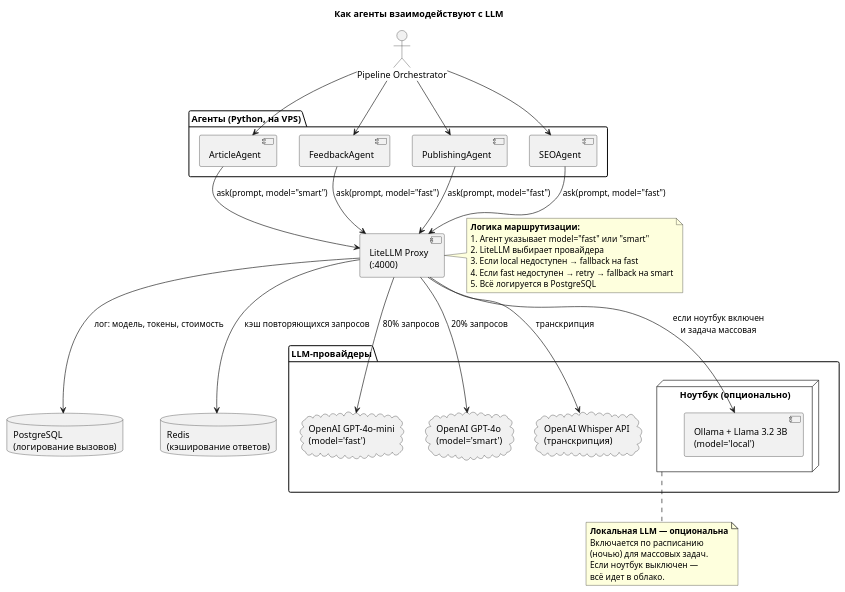
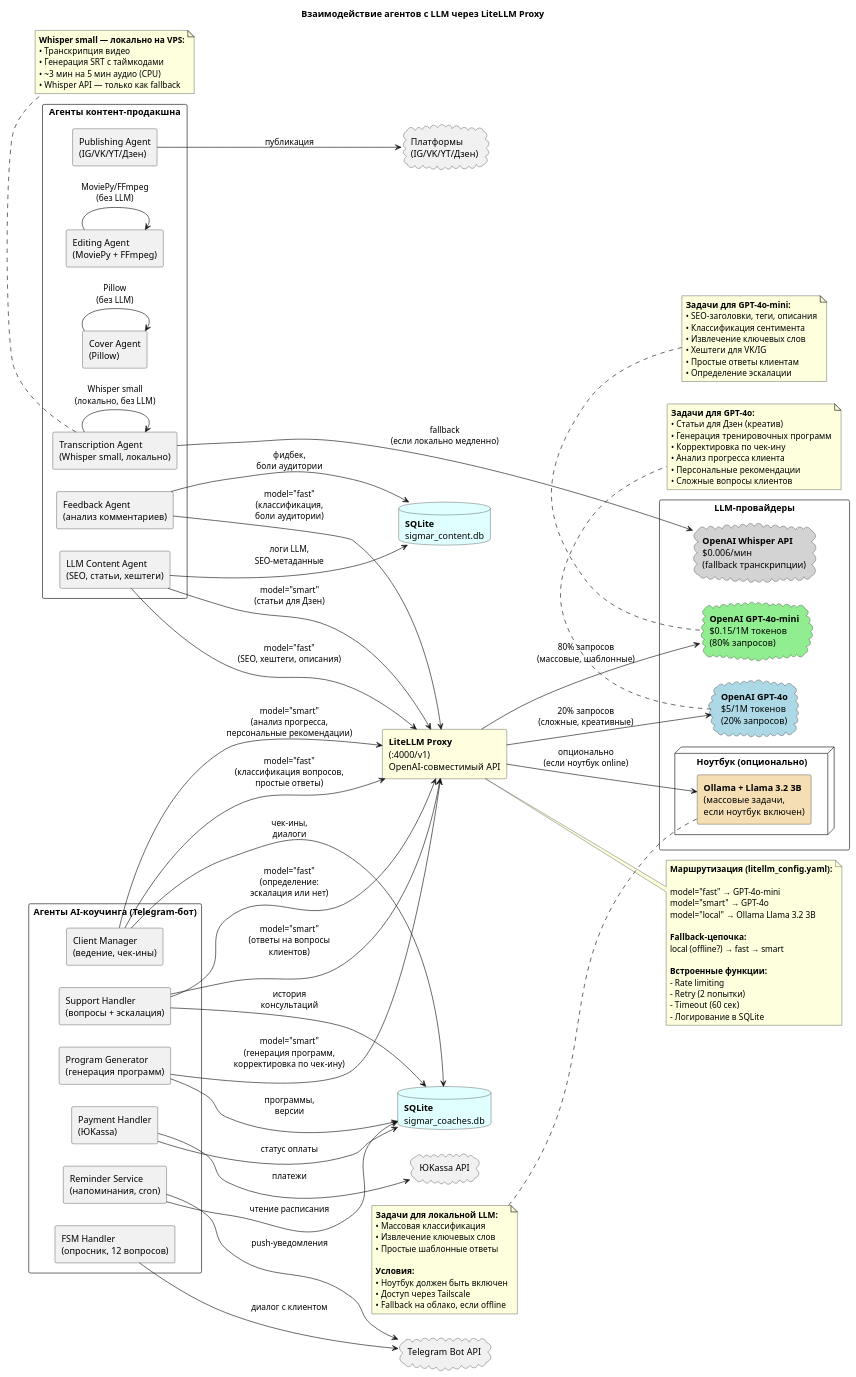
Before and after one commit to yurigilev/sigmar: the first of 2 diagrams in docs/architecture/agent-llm.md, drawn with PlantUML. The commit also changed other lines of this file, not shown here.

````diff
--- a/docs/architecture/agent-llm.md
+++ b/docs/architecture/agent-llm.md
@@ -3,64 +3,147 @@
 ```puml
 @startuml
-title Как агенты взаимодействуют с LLM
+left to right direction
+skinparam componentStyle rectangle
+skinparam packageStyle rectangle
+title Взаимодействие агентов с LLM через LiteLLM Proxy
 
-actor "Pipeline Orchestrator" as Orch
-
-package "Агенты (Python, на VPS)" {
-    component "ArticleAgent" as AA
-    component "FeedbackAgent" as FA
-    component "PublishingAgent" as PA
-    component "SEOAgent" as SA
+' === АГЕНТЫ КОНТЕНТ-ПРОДАКШНА ===
+package "Агенты контент-продакшна" as ContentAgents {
+    component "Transcription Agent\n(Whisper small, локально)" as TransAg
+    component "Editing Agent\n(MoviePy + FFmpeg)" as EditAg
+    component "Cover Agent\n(Pillow)" as CoverAg
+    component "LLM Content Agent\n(SEO, статьи, хештеги)" as LLMAg
+    component "Publishing Agent\n(IG/VK/YT/Дзен)" as PubAg
+    component "Feedback Agent\n(анализ комментариев)" as FeedAg
 }
 
-component "LiteLLM Proxy\n(:4000)" as Router
+' === АГЕНТЫ AI-КОУЧИНГА ===
+package "Агенты AI-коучинга (Telegram-бот)" as CoachAgents {
+    component "FSM Handler\n(опросник, 12 вопросов)" as FSM
+    component "Program Generator\n(генерация программ)" as ProgGen
+    component "Client Manager\n(ведение, чек-ины)" as CM
+    component "Reminder Service\n(напоминания, cron)" as Rem
+    component "Support Handler\n(вопросы + эскалация)" as Sup
+    component "Payment Handler\n(ЮKassa)" as PayH
+}
 
-package "LLM-провайдеры" {
-    cloud "OpenAI GPT-4o-mini\n(model='fast')" as Fast
-    cloud "OpenAI GPT-4o\n(model='smart')" as Smart
-    cloud "OpenAI Whisper API\n(транскрипция)" as WhisperAPI
+' === ЕДИНАЯ ТОЧКА ВХОДА ===
+component "**LiteLLM Proxy**\n(:4000/v1)\nOpenAI-совместимый API" as Router #LightYellow
+
+' === LLM-ПРОВАЙДЕРЫ ===
+package "LLM-провайдеры" as Providers {
+    cloud "**OpenAI GPT-4o-mini**\n$0.15/1M токенов\n(80% запросов)" as Fast #LightGreen
+    cloud "**OpenAI GPT-4o**\n$5/1M токенов\n(20% запросов)" as Smart #LightBlue
+    cloud "**OpenAI Whisper API**\n$0.006/мин\n(fallback транскрипции)" as WhisperAPI #LightGray
     
-    node "Ноутбук (опционально)" as Laptop {
-        component "Ollama + Llama 3.2 3B\n(model='local')" as Local
+    node "Ноутбук (опционально)" as LaptopNode {
+        component "**Ollama + Llama 3.2 3B**\n(массовые задачи,\nесли ноутбук включен)" as LocalLLM #Wheat
     }
 }
 
-database "PostgreSQL\n(логирование вызовов)" as DB
-database "Redis\n(кэширование ответов)" as Cache
+' === ХРАНИЛИЩЕ ===
+database "**SQLite**\nsigmar_content.db" as DB_Content #LightCyan
+database "**SQLite**\nsigmar_coaches.db" as DB_Coach #LightCyan
 
-Orch --> AA
-Orch --> FA
-Orch --> PA
-Orch --> SA
+' === ВНЕШНИЕ СЕРВИСЫ ===
+cloud "Telegram Bot API" as TG_API
+cloud "ЮKassa API" as YK
+cloud "Платформы\n(IG/VK/YT/Дзен)" as Platforms
 
-AA --> Router : ask(prompt, model="smart")
-FA --> Router : ask(prompt, model="fast")
-PA --> Router : ask(prompt, model="fast")
-SA --> Router : ask(prompt, model="fast")
+' === СВЯЗИ: Контент-агенты → LiteLLM ===
+LLMAg --> Router : model="fast"\n(SEO, хештеги, описания)
+LLMAg --> Router : model="smart"\n(статьи для Дзен)
+FeedAg --> Router : model="fast"\n(классификация,\nболи аудитории)
+TransAg --> WhisperAPI : fallback\n(если локально медленно)
 
-Router --> Fast : 80% запросов
-Router --> Smart : 20% запросов
-Router --> WhisperAPI : транскрипция
-Router --> Local : если ноутбук включен\nи задача массовая
+' === СВЯЗИ: Коучинг-агенты → LiteLLM ===
+ProgGen --> Router : model="smart"\n(генерация программ,\nкорректировка по чек-ину)
+CM --> Router : model="smart"\n(анализ прогресса,\nперсональные рекомендации)
+CM --> Router : model="fast"\n(классификация вопросов,\nпростые ответы)
+Sup --> Router : model="smart"\n(ответы на вопросы\nклиентов)
+Sup --> Router : model="fast"\n(определение:\nэскалация или нет)
 
-Router --> DB : лог: модель, токены, стоимость
-Router --> Cache : кэш повторяющихся запросов
+' === СВЯЗИ: LiteLLM → Провайдеры ===
+Router --> Fast : 80% запросов\n(массовые, шаблонные)
+Router --> Smart : 20% запросов\n(сложные, креативные)
+Router --> LocalLLM : опционально\n(если ноутбук online)
 
+' === СВЯЗИ: Агенты → Хранилище ===
+LLMAg --> DB_Content : логи LLM,\nSEO-метаданные
+FeedAg --> DB_Content : фидбек,\nболи аудитории
+ProgGen --> DB_Coach : программы,\nверсии
+CM --> DB_Coach : чек-ины,\nдиалоги
+Sup --> DB_Coach : история\nконсультаций
+
+' === СВЯЗИ: Агенты → Внешние сервисы ===
+PubAg --> Platforms : публикация
+PayH --> YK : платежи
+Rem --> TG_API : push-уведомления
+FSM --> TG_API : диалог с клиентом
+
+' === СВЯЗИ: Агенты без LLM ===
+EditAg --> EditAg : MoviePy/FFmpeg\n(без LLM)
+CoverAg --> CoverAg : Pillow\n(без LLM)
+TransAg --> TransAg : Whisper small\n(локально, без LLM)
+Rem --> DB_Coach : чтение расписания
+PayH --> DB_Coach : статус оплаты
+
+' === ПРИМЕЧАНИЯ ===
 note right of Router
-  **Логика маршрутизации:**
-  1. Агент указывает model="fast" или "smart"
-  2. LiteLLM выбирает провайдера
-  3. Если local недоступен → fallback на fast
-  4. Если fast недоступен → retry → fallback на smart
-  5. Всё логируется в PostgreSQL
+  **Маршрутизация (litellm_config.yaml):**
+  
+  model="fast" → GPT-4o-mini
+  model="smart" → GPT-4o
+  model="local" → Ollama Llama 3.2 3B
+  
+  **Fallback-цепочка:**
+  local (offline?) → fast → smart
+  
+  **Встроенные функции:**
+  - Rate limiting
+  - Retry (2 попытки)
+  - Timeout (60 сек)
+  - Логирование в SQLite
 end note
 
-note bottom of Laptop
-  **Локальная LLM — опциональна**
-  Включается по расписанию
-  (ночью) для массовых задач.
-  Если ноутбук выключен —
-  всё идет в облако.
+note bottom of Fast
+  **Задачи для GPT-4o-mini:**
+  • SEO-заголовки, теги, описания
+  • Классификация сентимента
+  • Извлечение ключевых слов
+  • Хештеги для VK/IG
+  • Простые ответы клиентам
+  • Определение эскалации
+end note
+
+note bottom of Smart
+  **Задачи для GPT-4o:**
+  • Статьи для Дзен (креатив)
+  • Генерация тренировочных программ
+  • Корректировка по чек-ину
+  • Анализ прогресса клиента
+  • Персональные рекомендации
+  • Сложные вопросы клиентов
+end note
+
+note left of LocalLLM
+  **Задачи для локальной LLM:**
+  • Массовая классификация
+  • Извлечение ключевых слов
+  • Простые шаблонные ответы
+  
+  **Условия:**
+  • Ноутбук должен быть включен
+  • Доступ через Tailscale
+  • Fallback на облако, если offline
+end note
+
+note bottom of TransAg
+  **Whisper small — локально на VPS:**
+  • Транскрипция видео
+  • Генерация SRT с таймкодами
+  • ~3 мин на 5 мин аудио (CPU)
+  • Whisper API — только как fallback
 end note
 
 @enduml
````
